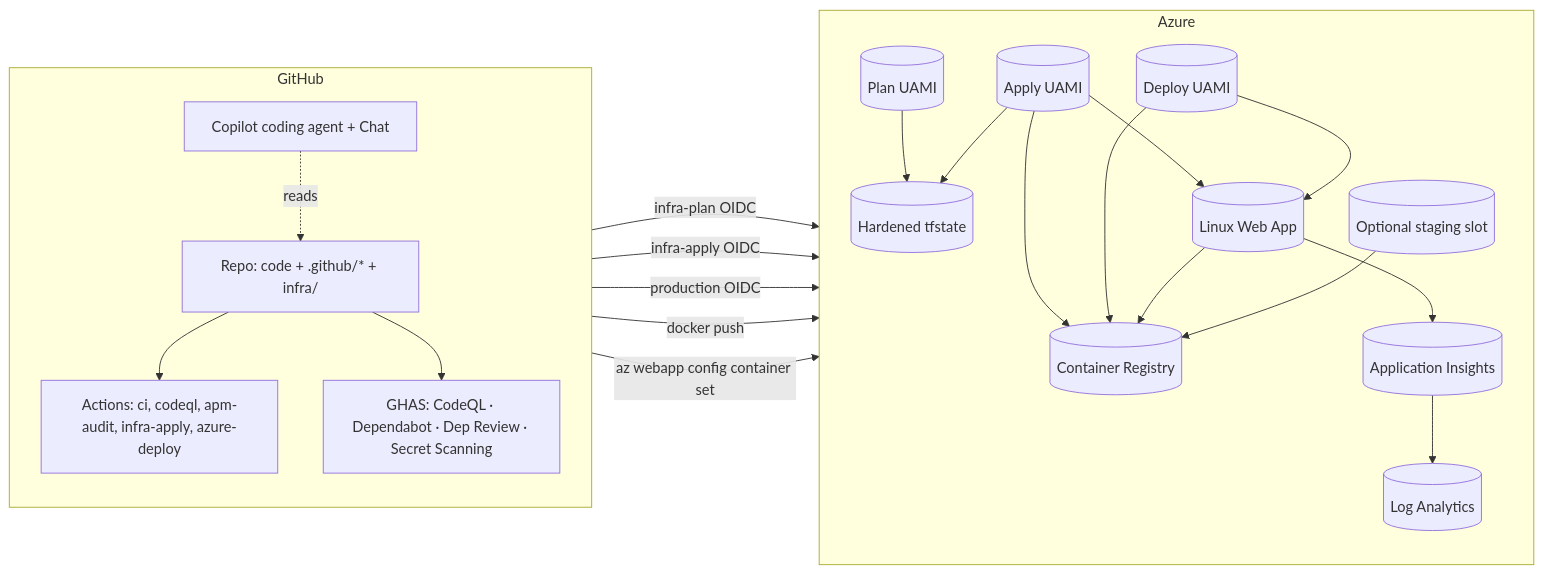
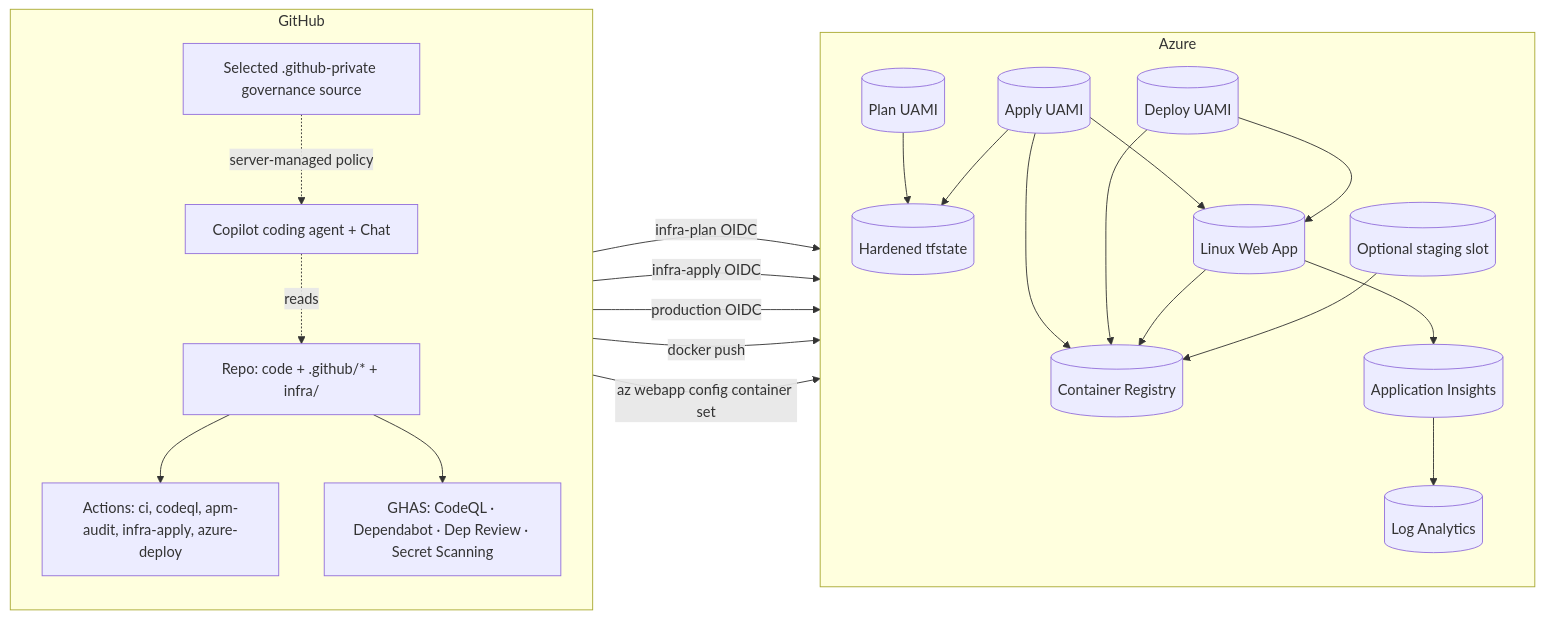
One commit to VeVarunSharma/github-agentic-sdlc-starter-pack changed the diagram in docs/architecture.md. Above: the diagram before and after it, drawn with Mermaid. The commit also changed other lines of this file and 54 other files, not shown here.

First line of the commit message:
feat: add enterprise Copilot governance

````diff
--- a/docs/architecture.md
+++ b/docs/architecture.md
@@ -10,40 +10,42 @@
 ```mermaid
 flowchart LR
   subgraph GitHub["GitHub"]
     direction TB
+    Governance[Selected .github-private governance source]
     Repo[Repo: code + .github/* + infra/]
     Actions[Actions: ci, codeql, apm-audit, infra-apply, azure-deploy]
     GHAS[GHAS: CodeQL · Dependabot · Dep Review · Secret Scanning]
     Copilot[Copilot coding agent + Chat]
+    Governance -.server-managed policy.-> Copilot
     Repo --> Actions
     Repo --> GHAS
     Copilot -.reads.-> Repo
   end
   subgraph Azure["Azure"]
     direction TB
     PlanID[(Plan UAMI)]
     ApplyID[(Apply UAMI)]
     DeployID[(Deploy UAMI)]
     State[(Hardened tfstate)]
     ACR[(Container Registry)]
     App[(Linux Web App)]
     Slot[(Optional staging slot)]
     LAW[(Log Analytics)]
     AppI[(Application Insights)]
     PlanID --> State
     ApplyID --> State
     ApplyID --> ACR
     ApplyID --> App
     DeployID --> ACR
     DeployID --> App
     App --> ACR
     Slot --> ACR
     App --> AppI
     AppI --> LAW
   end
   Actions -- infra-plan OIDC --> PlanID
   Actions -- infra-apply OIDC --> ApplyID
   Actions -- production OIDC --> DeployID
   Actions -- docker push --> ACR
   Actions -- az webapp config container set --> App
 ```
````
